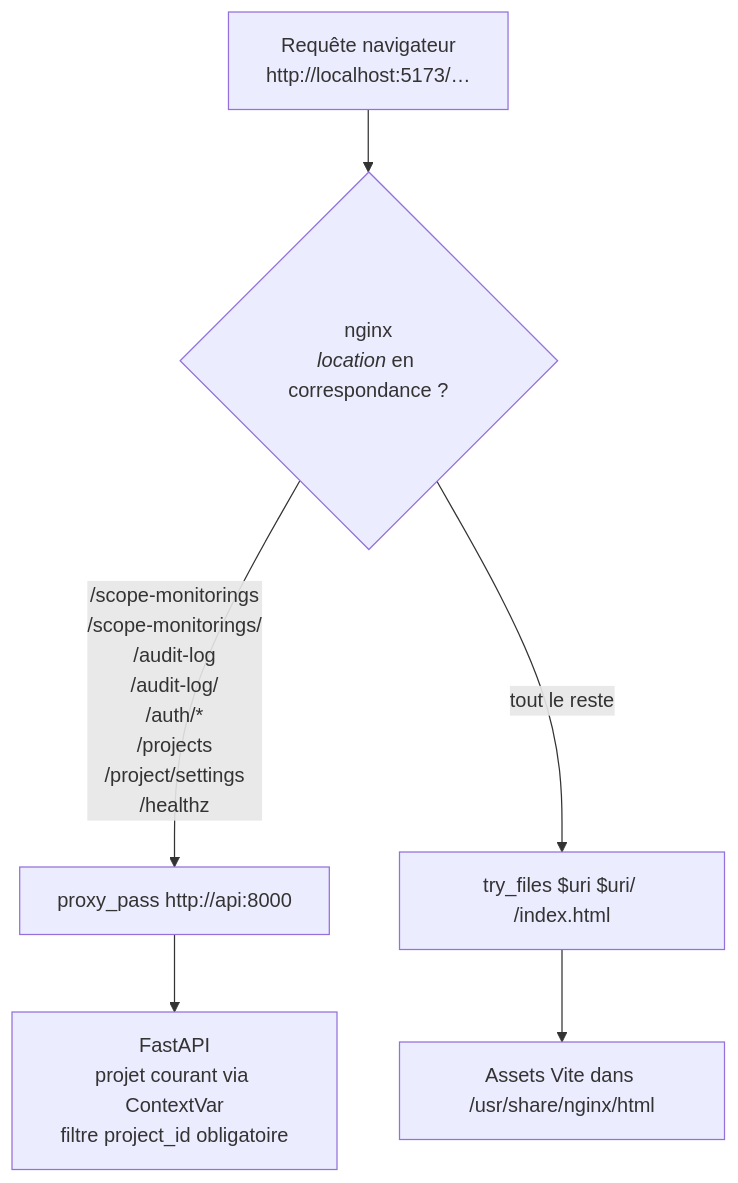
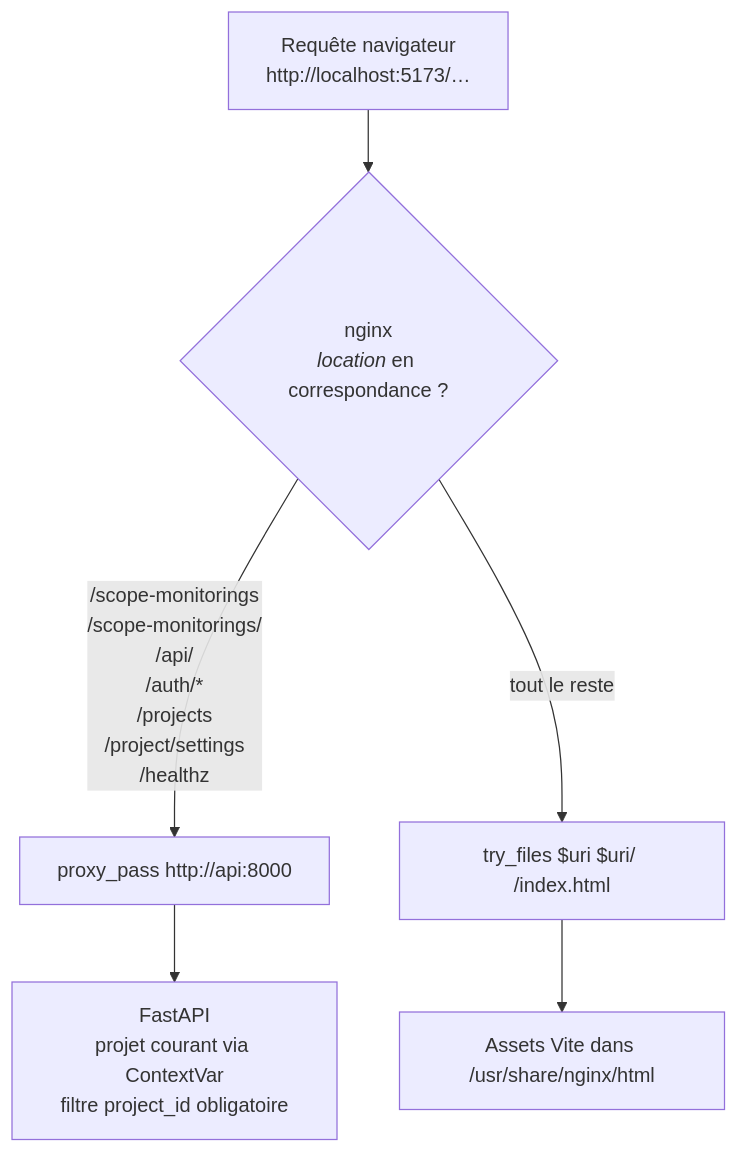
Before and after one commit to JneiraS/Tally: the fourth of 4 diagrams in docs/docker-architecture.md, drawn with Mermaid. The commit also changed other lines of this file and 17 other files, not shown here.

Commit message:
"Move audit log API under /api and split its two paths"

````diff
--- a/docs/docker-architecture.md
+++ b/docs/docker-architecture.md
@@ -213,10 +213,10 @@
 ```mermaid
 flowchart TB
     REQ["Requête navigateur<br/>http://localhost:5173/…"] --> MATCH{"nginx<br/><i>location</i> en correspondance ?"}
 
-    MATCH -->|"/scope-monitorings<br/>/scope-monitorings/<br/>/audit-log<br/>/audit-log/<br/>/auth/*<br/>/projects<br/>/project/settings<br/>/healthz"| PROXY["proxy_pass http://api:8000"]
+    MATCH -->|"/scope-monitorings<br/>/scope-monitorings/<br/>/api/<br/>/auth/*<br/>/projects<br/>/project/settings<br/>/healthz"| PROXY["proxy_pass http://api:8000"]
     MATCH -->|"tout le reste"| SPA["try_files $uri $uri/ /index.html"]
 
     PROXY --> API["FastAPI<br/>projet courant via ContextVar<br/>filtre project_id obligatoire"]
     SPA --> STATIC["Assets Vite dans /usr/share/nginx/html"]
 ```
````
